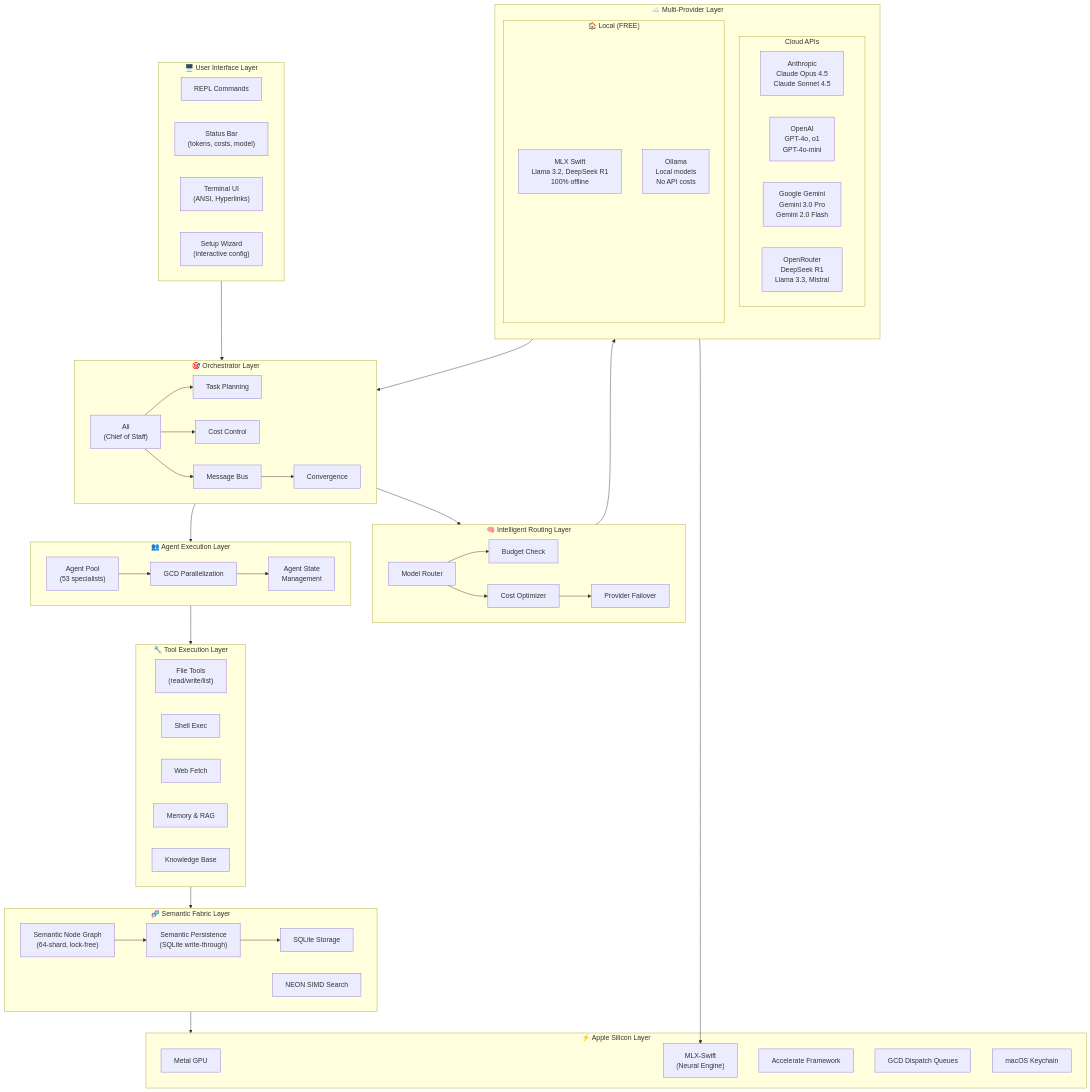
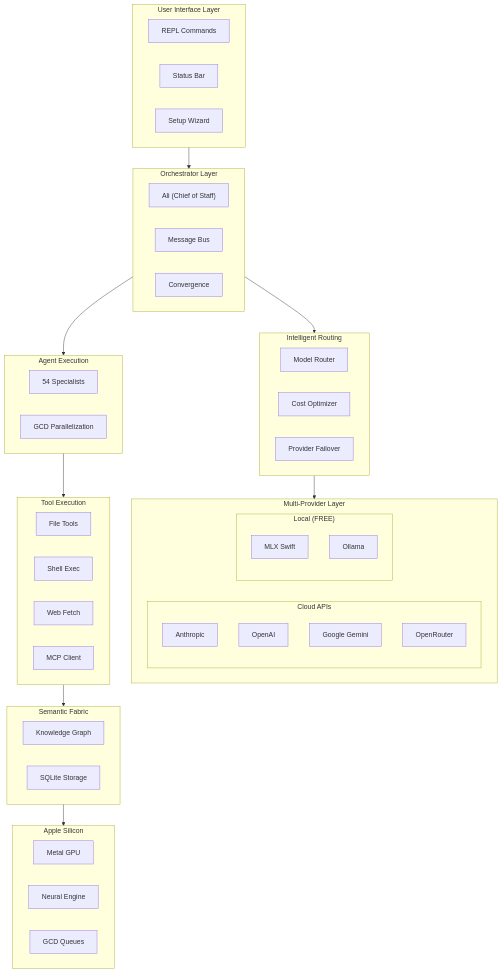
The diagram in README.md (Roberdan/convergio-cli), drawn with Mermaid before and after one commit. The commit also changed other lines of this file and 6 other files, not shown here.

First line of the commit message:
release: v5.0.0 - Production release with Anna Executive Assistant & MLX Local AI

````diff
--- a/README.md
+++ b/README.md
@@ -519,92 +420,64 @@
 ```mermaid
 flowchart TB
-    subgraph UI["🖥️ User Interface Layer"]
+    subgraph UI["User Interface Layer"]
         REPL["REPL Commands"]
-        StatusBar["Status Bar<br/>(tokens, costs, model)"]
-        Terminal["Terminal UI<br/>(ANSI, Hyperlinks)"]
-        SetupWizard["Setup Wizard<br/>(interactive config)"]
+        StatusBar["Status Bar"]
+        SetupWizard["Setup Wizard"]
     end
 
-    subgraph ORCH["🎯 Orchestrator Layer"]
-        Ali["Ali<br/>(Chief of Staff)"]
-        Planning["Task Planning"]
-        CostCtrl["Cost Control"]
+    subgraph ORCH["Orchestrator Layer"]
+        Ali["Ali (Chief of Staff)"]
         MsgBus["Message Bus"]
         Conv["Convergence"]
     end
 
-    subgraph ROUTER["🧠 Intelligent Routing Layer"]
+    subgraph ROUTER["Intelligent Routing"]
         ModelRouter["Model Router"]
         CostOpt["Cost Optimizer"]
-        BudgetCheck["Budget Check"]
         Failover["Provider Failover"]
     end
 
-    subgraph PROVIDERS["☁️ Multi-Provider Layer"]
-        direction TB
-        subgraph CloudAPI["Cloud APIs"]
-            Anthropic["Anthropic<br/>Claude Opus 4.5<br/>Claude Sonnet 4.5"]
-            OpenAI["OpenAI<br/>GPT-4o, o1<br/>GPT-4o-mini"]
-            Gemini["Google Gemini<br/>Gemini 3.0 Pro<br/>Gemini 2.0 Flash"]
-            OpenRouter["OpenRouter<br/>DeepSeek R1<br/>Llama 3.3, Mistral"]
+    subgraph PROVIDERS["Multi-Provider Layer"]
+        subgraph Cloud["Cloud APIs"]
+            Anthropic["Anthropic"]
+            OpenAI["OpenAI"]
+            Gemini["Google Gemini"]
+            OpenRouter["OpenRouter"]
         end
-        subgraph LocalInference["🏠 Local (FREE)"]
-            MLX["MLX Swift<br/>Llama 3.2, DeepSeek R1<br/>100% offline"]
-            Ollama["Ollama<br/>Local models<br/>No API costs"]
+        subgraph Local["Local (FREE)"]
+            MLX["MLX Swift"]
+            Ollama["Ollama"]
         end
     end
 
-    subgraph AGENTS["👥 Agent Execution Layer"]
-        AgentPool["Agent Pool<br/>(53 specialists)"]
+    subgraph AGENTS["Agent Execution"]
+        AgentPool["54 Specialists"]
         GCD["GCD Parallelization"]
-        AgentState["Agent State<br/>Management"]
     end
 
-    subgraph TOOLS["🔧 Tool Execution Layer"]
-        FileTools["File Tools<br/>(read/write/list)"]
+    subgraph TOOLS["Tool Execution"]
+        FileTools["File Tools"]
         ShellExec["Shell Exec"]
         WebFetch["Web Fetch"]
-        MemoryRAG["Memory & RAG"]
-        KnowledgeBase["Knowledge Base"]
+        MCPClient["MCP Client"]
     end
 
-    subgraph FABRIC["🧬 Semantic Fabric Layer"]
-        SemanticGraph["Semantic Node Graph<br/>(64-shard, lock-free)"]
-        SemanticPersist["Semantic Persistence<br/>(SQLite write-through)"]
-        NEON["NEON SIMD Search"]
+    subgraph FABRIC["Semantic Fabric"]
+        SemanticGraph["Knowledge Graph"]
         SQLite["SQLite Storage"]
     end
 
-    subgraph SILICON["⚡ Apple Silicon Layer"]
+    subgraph SILICON["Apple Silicon"]
         Metal["Metal GPU"]
-        MLXSwift["MLX-Swift<br/>(Neural Engine)"]
-        Accelerate["Accelerate Framework"]
-        GCDQueues["GCD Dispatch Queues"]
-        Keychain["macOS Keychain"]
+        NeuralEngine["Neural Engine"]
+        GCDQueues["GCD Queues"]
     end
 
     UI --> ORCH
     ORCH --> ROUTER
     ROUTER --> PROVIDERS
-    PROVIDERS --> ORCH
     ORCH --> AGENTS
     AGENTS --> TOOLS
     TOOLS --> FABRIC
     FABRIC --> SILICON
-
-    Ali --> Planning
-    Ali --> CostCtrl
-    Ali --> MsgBus
-    MsgBus --> Conv
-
-    ModelRouter --> BudgetCheck
-    ModelRouter --> CostOpt
-    CostOpt --> Failover
-
-    AgentPool --> GCD
-    GCD --> AgentState
-
-    MLX --> MLXSwift
-    SemanticGraph --> SemanticPersist
-    SemanticPersist --> SQLite
 ```
````
